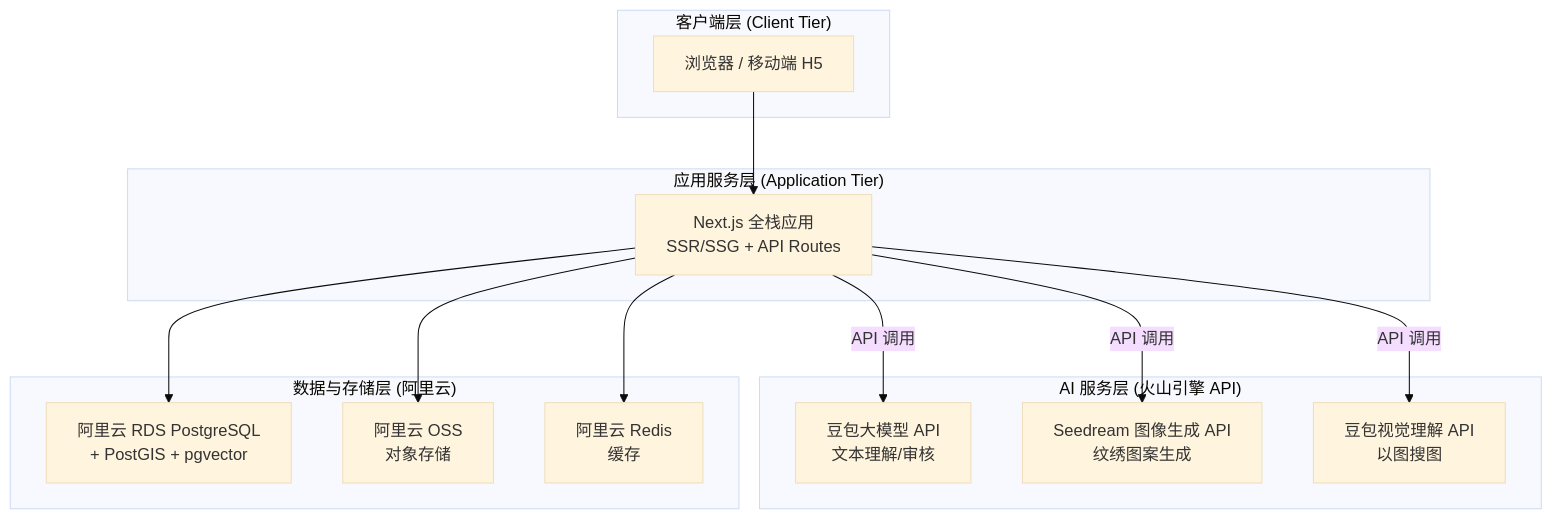
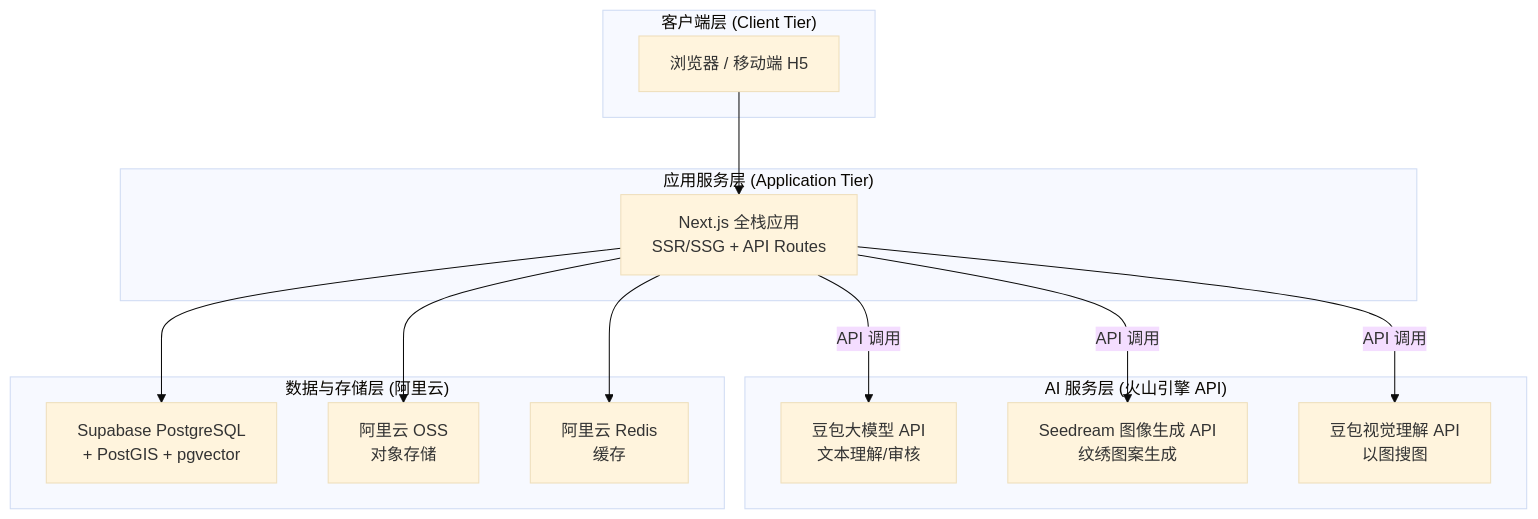
Before and after one commit to AIMFllys/HBPattern: the first of 13 diagrams in docs/湖北纹案-具体技术架构规划.md, drawn with Mermaid (base theme). The commit also changed other lines of this file and 1 other file, not shown here.

Commit message:
docs: Deeply review and replace Aliyun RDS with Supabase across all architecture docs

````diff
--- a/docs/湖北纹案-具体技术架构规划.md
+++ b/docs/湖北纹案-具体技术架构规划.md
@@ -40,30 +40,30 @@
 ```mermaid
 graph TB
     subgraph "客户端层 (Client Tier)"
         Browser["浏览器 / 移动端 H5"]
     end
 
     subgraph "应用服务层 (Application Tier)"
         NextJS["Next.js 全栈应用<br/>SSR/SSG + API Routes"]
     end
 
     subgraph "AI 服务层 (火山引擎 API)"
         Doubao["豆包大模型 API<br/>文本理解/审核"]
         Seedream["Seedream 图像生成 API<br/>纹绣图案生成"]
         Vision["豆包视觉理解 API<br/>以图搜图"]
     end
 
     subgraph "数据与存储层 (阿里云)"
-        RDS["阿里云 RDS PostgreSQL<br/>+ PostGIS + pgvector"]
+        RDS["Supabase PostgreSQL<br/>+ PostGIS + pgvector"]
         OSS["阿里云 OSS<br/>对象存储"]
         Redis["阿里云 Redis<br/>缓存"]
     end
 
     Browser --> NextJS
     NextJS --> RDS
     NextJS -->|API 调用| Doubao
     NextJS -->|API 调用| Seedream
     NextJS -->|API 调用| Vision
     NextJS --> OSS
     NextJS --> Redis
 ```
````
